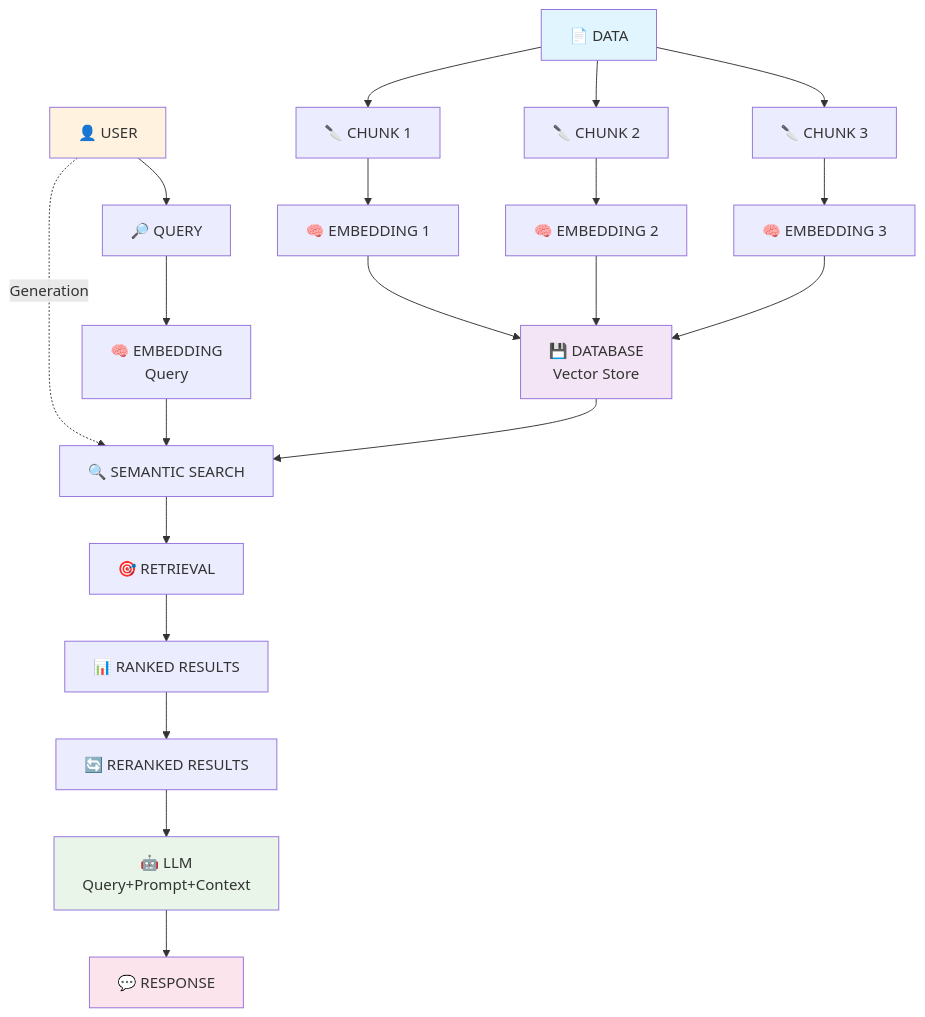
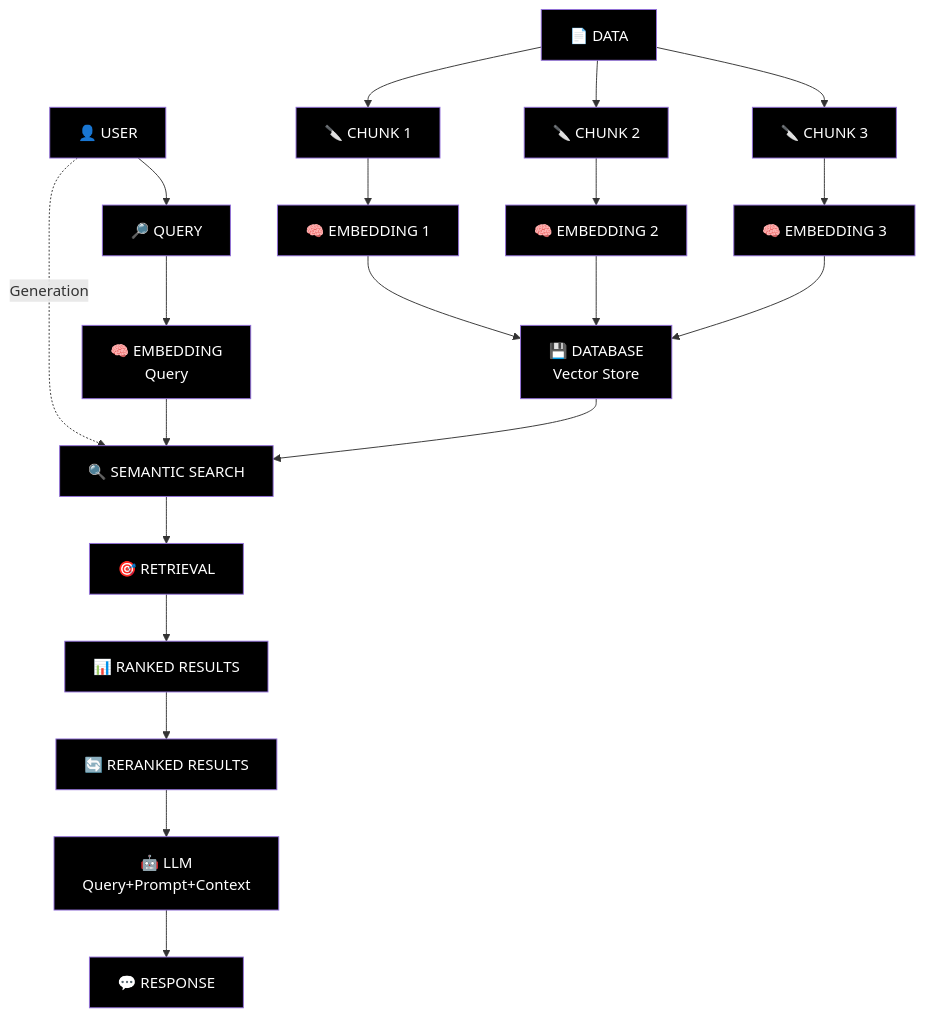
The diagram in README.md (Abeshith/RAG-FundaMentals), drawn with Mermaid before and after one commit. The commit also changed other lines of this file and 3 other files, not shown here.

````diff
--- a/README.md
+++ b/README.md
@@ -11,34 +11,46 @@
 ```mermaid
 graph TD
     A[📄 DATA] --> B[🔪 CHUNK 1]
     A --> C[🔪 CHUNK 2] 
     A --> D[🔪 CHUNK 3]
     
     B --> E[🧠 EMBEDDING 1]
     C --> F[🧠 EMBEDDING 2]
     D --> G[🧠 EMBEDDING 3]
     
     E --> H[💾 DATABASE<br/>Vector Store]
     F --> H
     G --> H
     
     I[👤 USER] --> J[🔎 QUERY]
     J --> K[🧠 EMBEDDING<br/>Query]
     
     I -.->|Generation| L[🔍 SEMANTIC SEARCH]
     K --> L
     H --> L
     
     L --> M[🎯 RETRIEVAL]
     M --> N[📊 RANKED RESULTS]
     N --> O[🔄 RERANKED RESULTS]
     
     O --> P[🤖 LLM<br/>Query+Prompt+Context]
     P --> Q[💬 RESPONSE]
     
-    style A fill:#e1f5fe
-    style H fill:#f3e5f5
-    style I fill:#fff3e0
-    style P fill:#e8f5e8
-    style Q fill:#fce4ec
+    style A fill:#000000,color:#ffffff
+    style B fill:#000000,color:#ffffff
+    style C fill:#000000,color:#ffffff
+    style D fill:#000000,color:#ffffff
+    style E fill:#000000,color:#ffffff
+    style F fill:#000000,color:#ffffff
+    style G fill:#000000,color:#ffffff
+    style H fill:#000000,color:#ffffff
+    style I fill:#000000,color:#ffffff
+    style J fill:#000000,color:#ffffff
+    style K fill:#000000,color:#ffffff
+    style L fill:#000000,color:#ffffff
+    style M fill:#000000,color:#ffffff
+    style N fill:#000000,color:#ffffff
+    style O fill:#000000,color:#ffffff
+    style P fill:#000000,color:#ffffff
+    style Q fill:#000000,color:#ffffff
 ```
````
